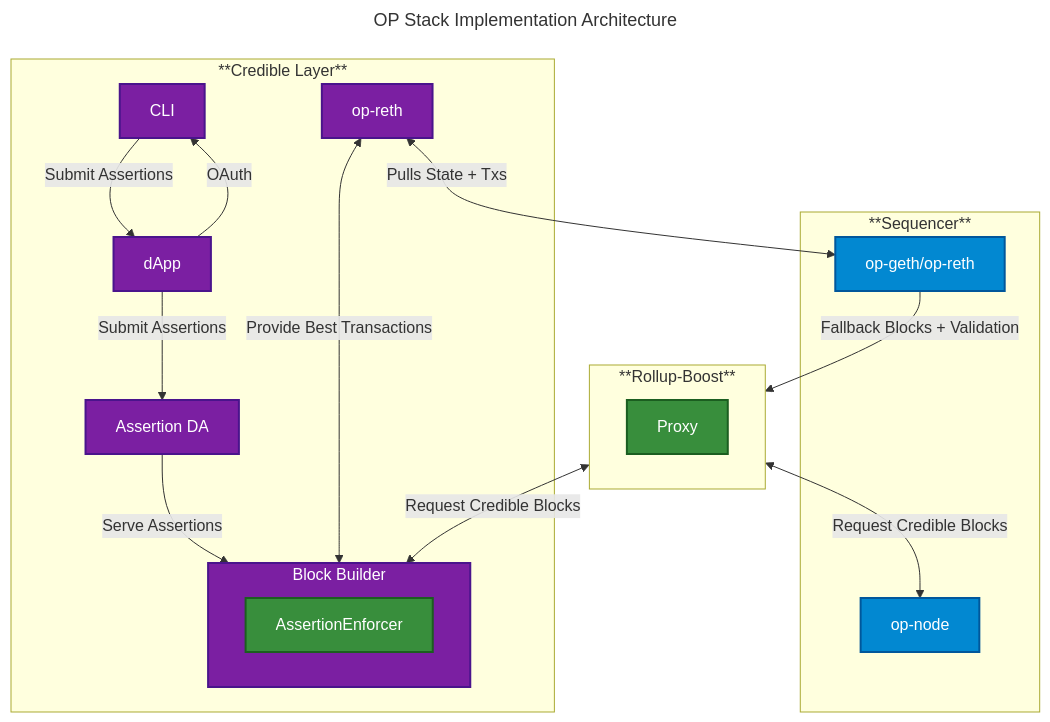
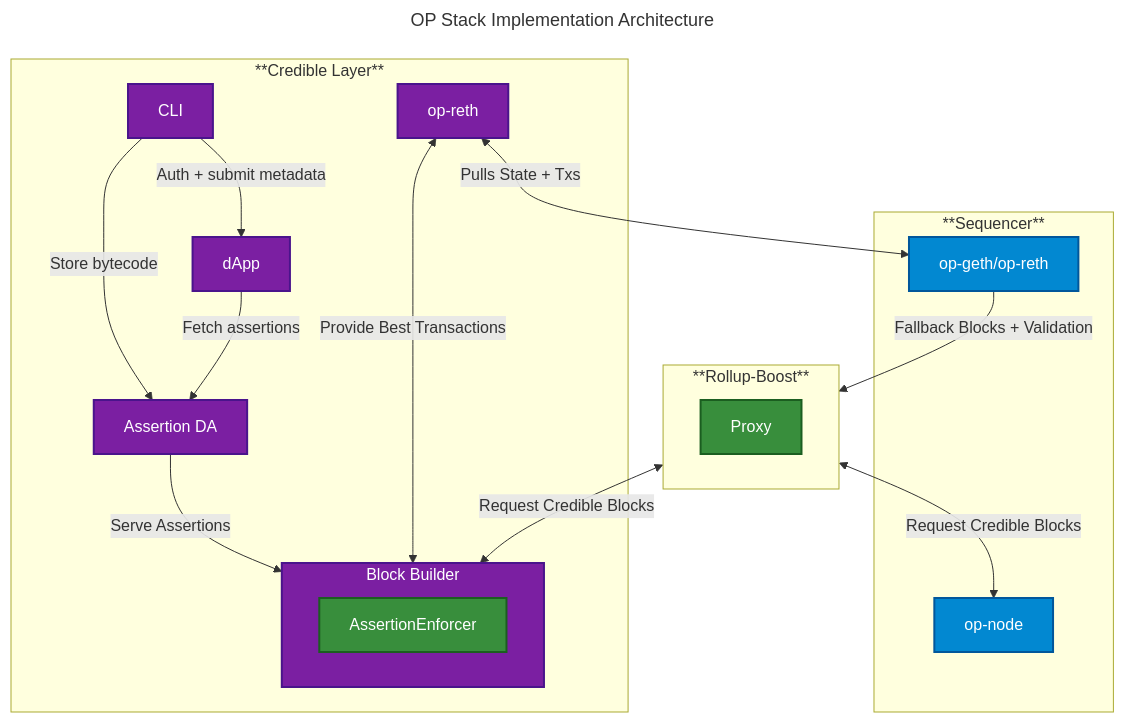
One commit to phylaxsystems/phylax-docs changed the diagram in credible/architecture-op-stack.mdx. Above: the diagram before and after it, drawn with Mermaid. The commit also changed other lines of this file and 24 other files, not shown here.

````diff
--- a/credible/architecture-op-stack.mdx
+++ b/credible/architecture-op-stack.mdx
@@ -10,45 +18,45 @@
 ```mermaid
 ---
 title: OP Stack Implementation Architecture
 ---
 flowchart TD
 
 classDef sequencer fill:#0288d1,stroke:#01579b,stroke-width:2px,color:#fff
 classDef credible fill:#7b1fa2,stroke:#4a148c,stroke-width:2px,color:#fff
 classDef rollupBoost fill:#388e3c,stroke:#1b5e20,stroke-width:2px,color:#fff
 
 subgraph Sequencer[**Sequencer**]
     SequencerCL[op-node]
     SequencerEL[op-geth/op-reth]
 end
 
 subgraph CredibleLayer[**Credible Layer**]
     AssertionEnforcerEL[op-reth]
     AssertionEnforcerCLI[CLI]
     AssertionEnforcerDapp[dApp]
     AssertionDA[Assertion DA]
     subgraph AssertionEnforcerBlockBuilder[Block Builder]
         AssertionEnforcer
     end
 end
 
 subgraph RollupBoost[**Rollup-Boost**]
     RollupBoostProxy[Proxy]
 end
 
 SequencerEL --> |Fallback Blocks + Validation| RollupBoost
 
 AssertionDA --> |Serve Assertions| AssertionEnforcerBlockBuilder
-AssertionEnforcerCLI --> |Submit Assertions| AssertionEnforcerDapp
-AssertionEnforcerDapp --> |OAuth| AssertionEnforcerCLI
-AssertionEnforcerDapp --> |Submit Assertions| AssertionDA
+AssertionEnforcerCLI --> |Store bytecode| AssertionDA
+AssertionEnforcerCLI --> |Auth + submit metadata| AssertionEnforcerDapp
+AssertionEnforcerDapp --> |Fetch assertions| AssertionDA
 
 AssertionEnforcerEL <--> |Pulls State + Txs| SequencerEL
 AssertionEnforcerEL <--> |Provide Best Transactions| AssertionEnforcerBlockBuilder
 RollupBoost <--> |Request Credible Blocks| AssertionEnforcerBlockBuilder
 RollupBoost <--> |Request Credible Blocks| SequencerCL
 
 class SequencerCL,SequencerEL sequencer
 class AssertionEnforcerBlockBuilder,AssertionEnforcerEL,AssertionEnforcerCLI,AssertionEnforcerDapp,AssertionDA credible
 class RollupBoostProxy,AssertionEnforcer rollupBoost
 ```
````
